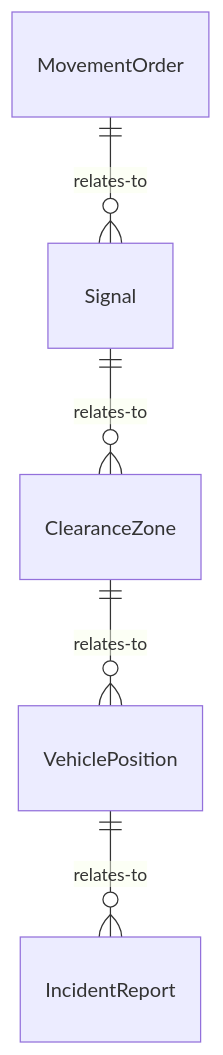
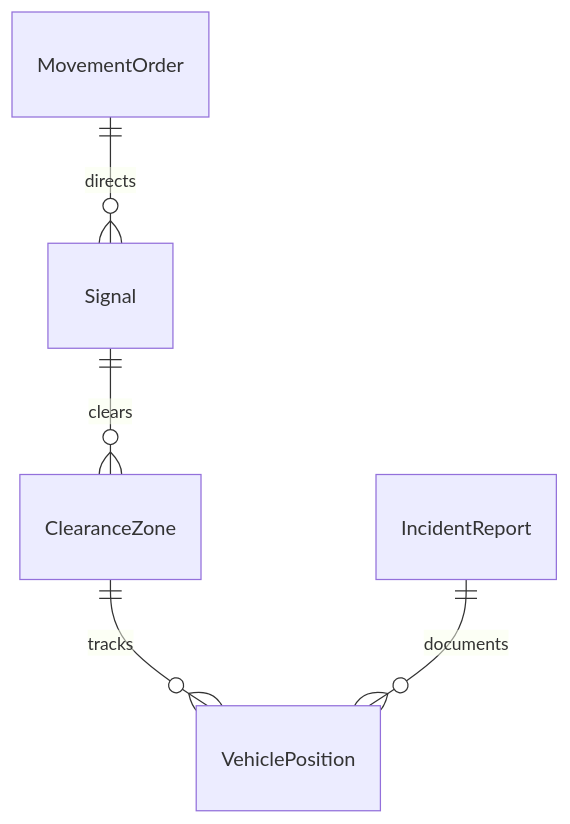
Before and after one commit to dot-org-ai/tasks.org.ai: the first of 4 diagrams in CommunicatingWithSupervisorsPeersOrSubordinates/SignalOthersToCoordinateWorkActivities/SignalOthersCoordinateVehicleMovement.mdx, drawn with Mermaid. The commit also changed other lines of this file and 515 other files, not shown here.

````diff
--- a/CommunicatingWithSupervisorsPeersOrSubordinates/SignalOthersToCoordinateWorkActivities/SignalOthersCoordinateVehicleMovement.mdx
+++ b/CommunicatingWithSupervisorsPeersOrSubordinates/SignalOthersToCoordinateWorkActivities/SignalOthersCoordinateVehicleMovement.mdx
@@ -85,7 +85,7 @@
 ```mermaid
 erDiagram
-    MovementOrder ||--o{ Signal : relates-to
-    Signal ||--o{ ClearanceZone : relates-to
-    ClearanceZone ||--o{ VehiclePosition : relates-to
-    VehiclePosition ||--o{ IncidentReport : relates-to
+    MovementOrder ||--o{ Signal : directs
+    Signal ||--o{ ClearanceZone : clears
+    ClearanceZone ||--o{ VehiclePosition : tracks
+    IncidentReport ||--o{ VehiclePosition : documents
 ```
````
